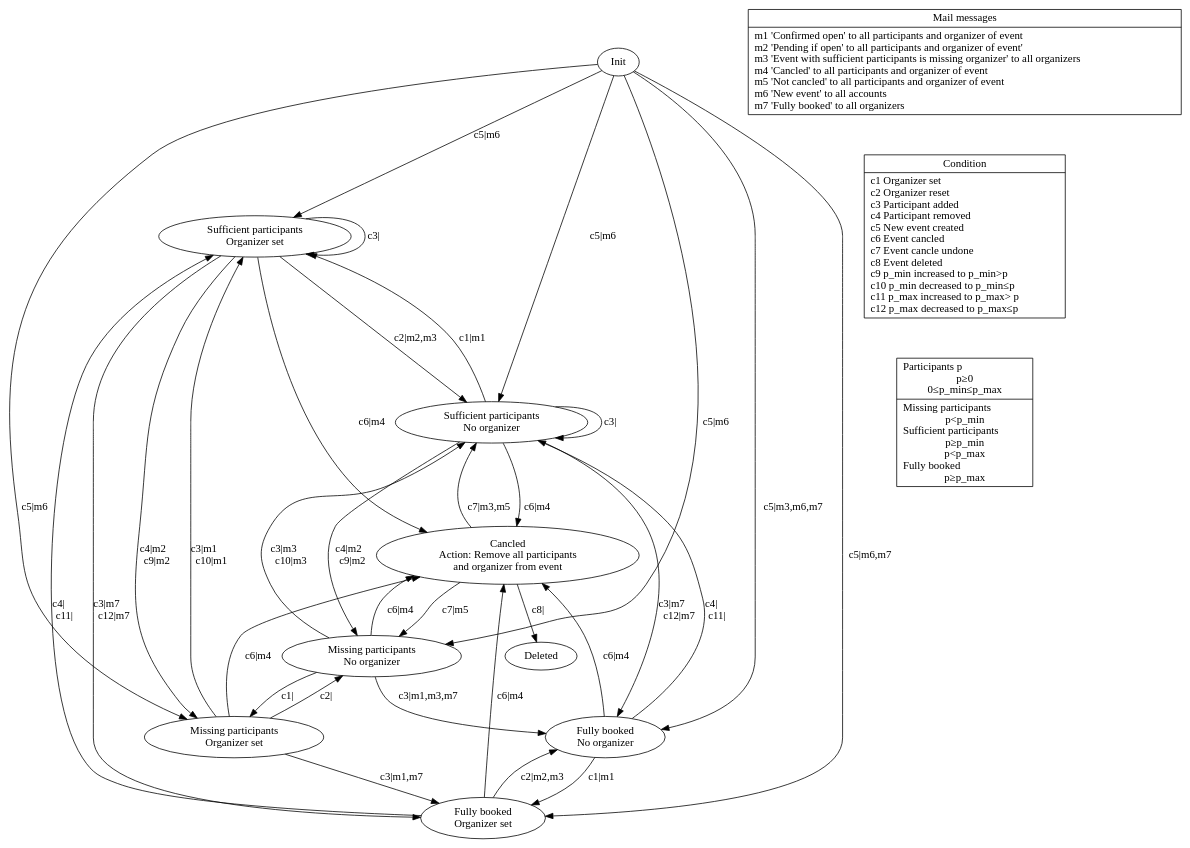
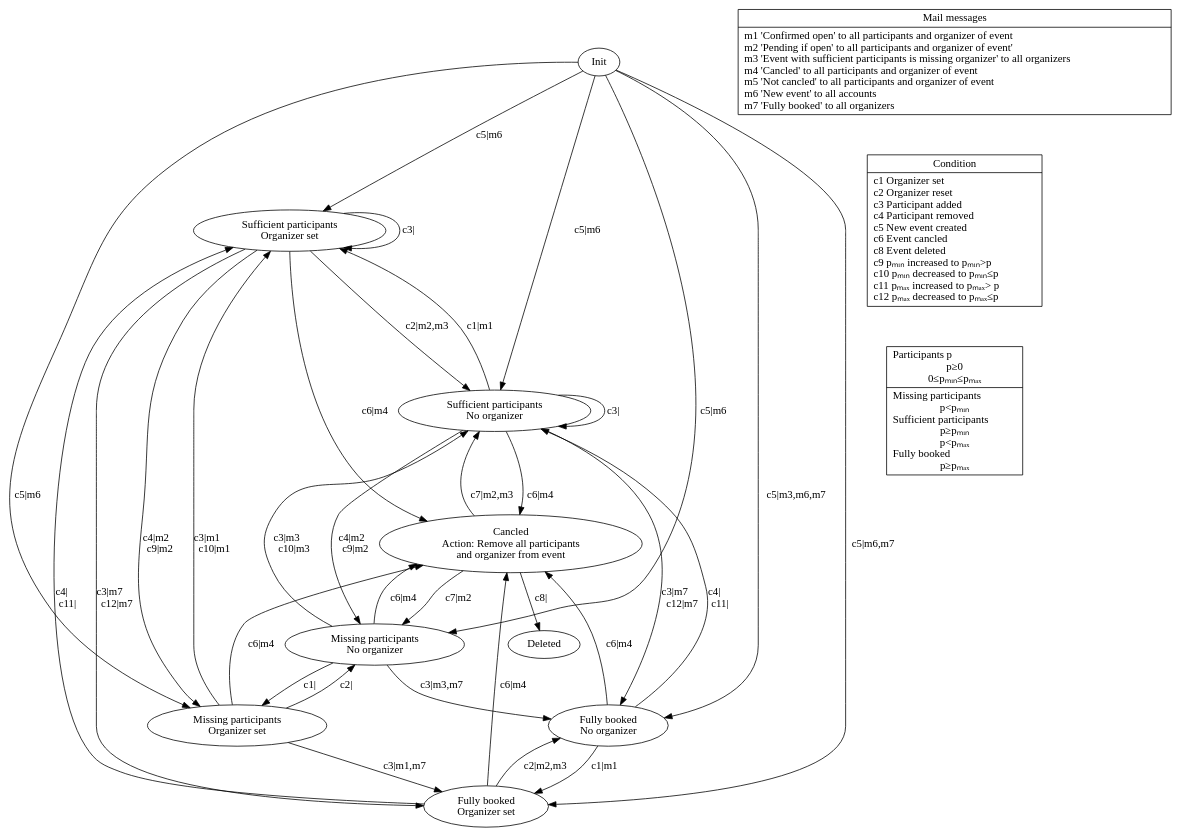
Before and after one commit to gilbertf/clubber: the diagram in eventFlow.dot, drawn with Graphviz. The commit also changed 1 other file, not shown here.

```diff
--- a/eventFlow.dot
+++ b/eventFlow.dot
@@ -1,53 +1,53 @@
 strict digraph {
     spos [label="Sufficient participants\nOrganizer set"]
     spno [label="Sufficient participants\nNo organizer"]
     mpos [label="Missing participants\nOrganizer set"]
     mpno [label="Missing participants\nNo organizer"]
     fbno [label="Fully booked\nNo organizer"]
     fbos [label="Fully booked\nOrganizer set"]
     c [label="Cancled\nAction: Remove all participants\nand organizer from event"]
     d [label="Deleted"]
     i [label="Init"]
 
     spos -> spno [label="c2|m2,m3"]
     spos -> mpos [label="c4|m2\lc9|m2"]
     spno -> spos [label="c1|m1"]
     mpos -> spos [label="c3|m1\lc10|m1"]
     mpos -> mpno [label="c2|"]
     mpno -> mpos [label="c1|"]
     mpno -> spno [label="c3|m3\lc10|m3"]
     spno -> mpno [label="c4|m2\lc9|m2"]
     spos -> fbos [label="c3|m7\lc12|m7"]
     spno -> fbno [label="c3|m7\lc12|m7"]
     fbno -> fbos [label="c1|m1"]
     fbno -> spno [label="c4|\lc11|"]
     fbos -> fbno [label="c2|m2,m3"]
     fbos -> spos [label="c4|\lc11|"]
     fbos -> c [label="c6|m4"]
     fbno -> c [label="c6|m4"]
     spno -> c [label="c6|m4"]
     spno -> spno [label="c3|"]
     mpos -> c [label="c6|m4"]
     mpos -> fbos [label="c3|m1,m7"]
-    mpno -> fbno [label="c3|m1,m3,m7"]
+    mpno -> fbno [label="c3|m3,m7"]
     mpno -> c [label="c6|m4"]
     spos -> c [label="c6|m4"]
     spos -> spos [label="c3|"]
-    c -> mpno [label="c7|m5"]
-    c -> spno [label="c7|m3,m5"]
+    c -> mpno [label="c7|m2"]
+    c -> spno [label="c7|m2,m3"]
     c -> d [label="c8|"]
     i -> spos [label="c5|m6"]
     i -> spno [label="c5|m6"]
     i -> mpos [label="c5|m6"]
     i -> mpno [label="c5|m6"]
     i -> fbno [label="c5|m3,m6,m7"]
     i -> fbos [label="c5|m6,m7"]
 
-    condition [shape=record, label="{Condition|c1 Organizer set\lc2 Organizer reset\lc3 Participant added\lc4 Participant removed\lc5 New event created\lc6 Event cancled\lc7 Event cancle undone\lc8 Event deleted\lc9 p_min increased to p_min\>p\lc10 p_min decreased to p_min\≤p\lc11 p_max increased to p_max\> p\lc12 p_max decreased to p_max\≤p\l}"]
+    condition [shape=record, label="{Condition|c1 Organizer set\lc2 Organizer reset\lc3 Participant added\lc4 Participant removed\lc5 New event created\lc6 Event cancled\lc8 Event deleted\lc9 pₘᵢₙ increased to pₘᵢₙ\>p\lc10 pₘᵢₙ decreased to pₘᵢₙ\≤p\lc11 pₘₐₓ increased to pₘₐₓ\> p\lc12 pₘₐₓ decreased to pₘₐₓ\≤p\l}"]
     mail [shape=record, label="{Mail messages|m1 'Confirmed open' to all participants and organizer of event\lm2 'Pending if open' to all participants and organizer of event'\lm3 'Event with sufficient participants is missing organizer' to all organizers\lm4 'Cancled' to all participants and organizer of event\lm5 'Not cancled' to all participants and organizer of event\lm6 'New event' to all accounts\lm7 'Fully booked' to all organizers\l}"]
-    participants [shape=record, label="{Participants p\lp\≥0\n0\≤p_min\≤p_max|Missing participants\lp\<p_min\nSufficient participants\lp\≥p_min\np\<p_max\nFully booked\lp\≥p_max}"]
+    participants [shape=record, label="{Participants p\lp\≥0\n0\≤pₘᵢₙ\≤pₘₐₓ|Missing participants\lp\<pₘᵢₙ\nSufficient participants\lp\≥pₘᵢₙ\np\<pₘₐₓ\nFully booked\lp\≥pₘₐₓ}"]
 
 edge[ style=invis]
 mail -> condition -> participants
     
 }
```
